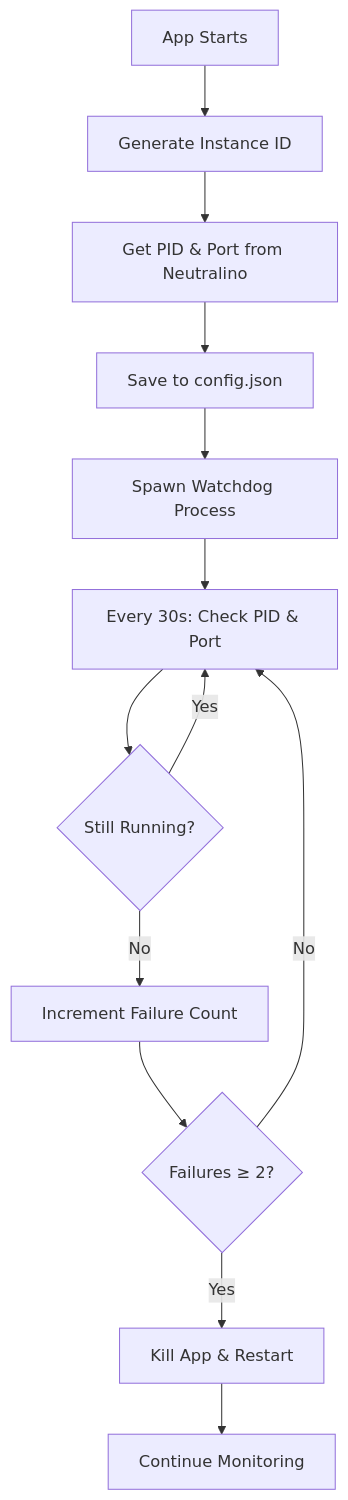
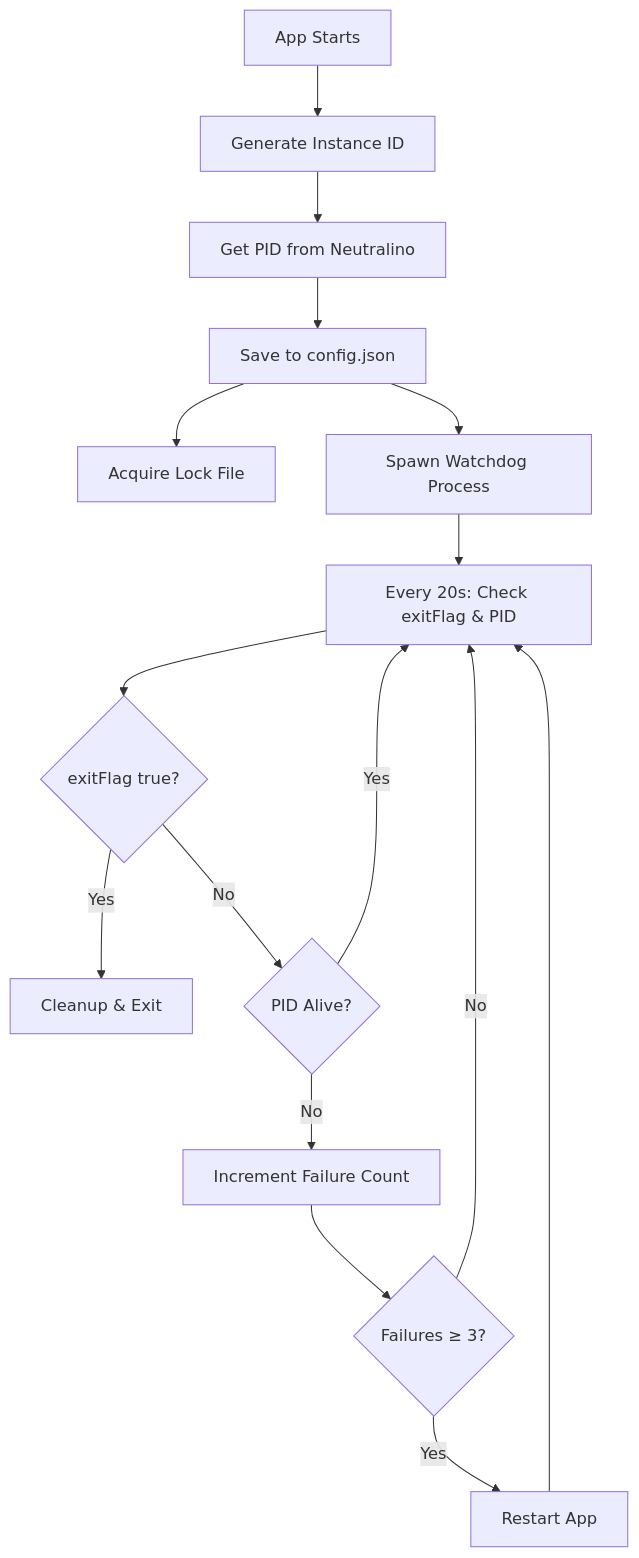
The fourth of 4 diagrams in security.md (Amp-Manager/docs), drawn with Mermaid before and after one commit. The commit also changed other lines of this file and 7 other files, not shown here.

````diff
--- a/security.md
+++ b/security.md
@@ -397,15 +397,18 @@
 ```mermaid
 flowchart TD
     A[App Starts] --> B[Generate Instance ID]
-    B --> C[Get PID & Port from Neutralino]
+    B --> C[Get PID from Neutralino]
     C --> D[Save to config.json]
-    D --> E[Spawn Watchdog Process]
-    E --> F[Every 30s: Check PID & Port]
-    F --> G{Still Running?}
-    G -->|Yes| F
-    G -->|No| H[Increment Failure Count]
-    H --> I{Failures ≥ 2?}
-    I -->|No| F
-    I -->|Yes| J[Kill App & Restart]
-    J --> K[Continue Monitoring]
+    D --> E[Acquire Lock File]
+    D --> F[Spawn Watchdog Process]
+    F --> G[Every 20s: Check exitFlag & PID]
+    G --> H{exitFlag true?}
+    H -->|Yes| I[Cleanup & Exit]
+    H -->|No| J{PID Alive?}
+    J -->|Yes| G
+    J -->|No| K[Increment Failure Count]
+    K --> L{Failures ≥ 3?}
+    L -->|No| G
+    L -->|Yes| M[Restart App]
+    M --> G
 ```
````
